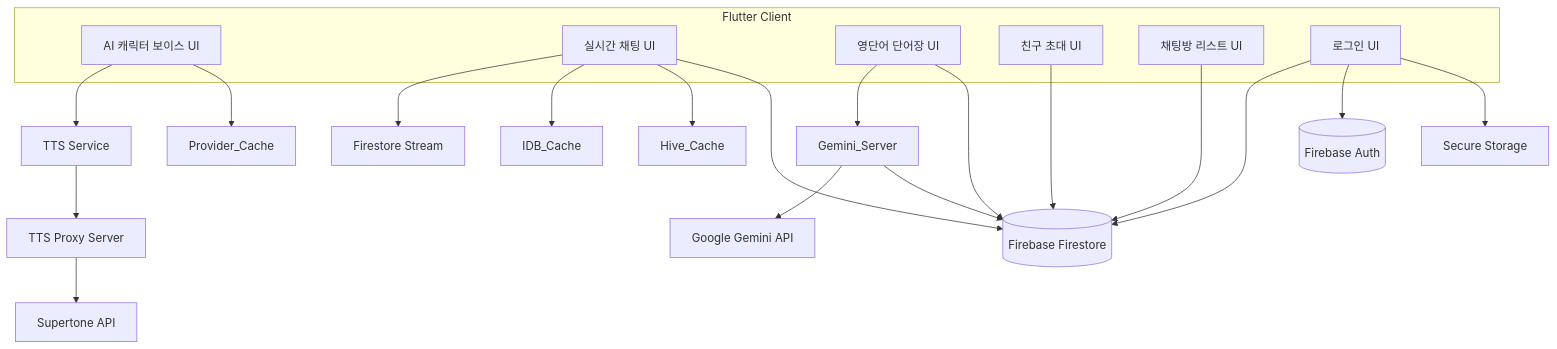
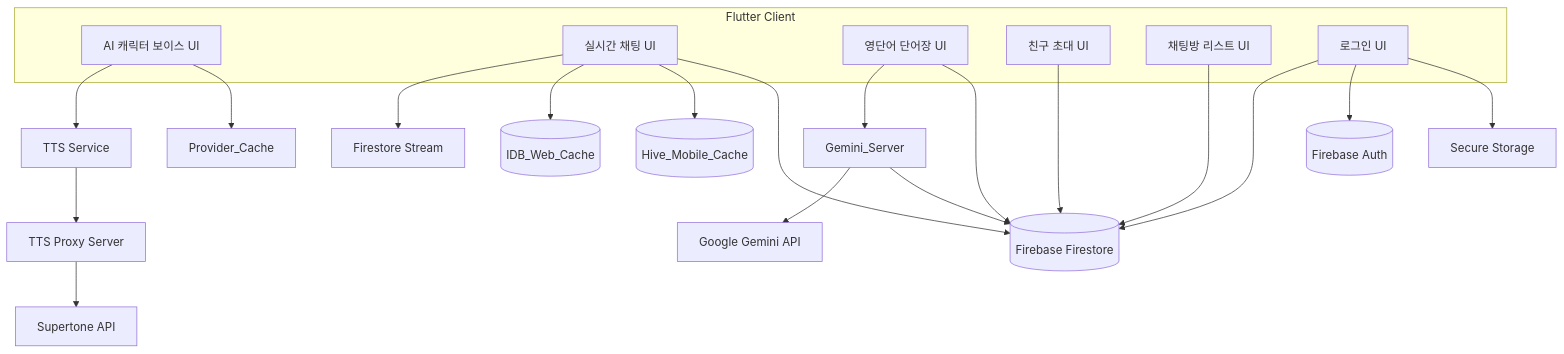
Before and after one commit to 8848man/machat: the diagram in README.md, drawn with Mermaid.

````diff
--- a/README.md
+++ b/README.md
@@ -20,46 +20,50 @@
 ```mermaid
 graph TB
 
     %% --- 클라이언트 ---
     subgraph Client[Flutter Client]
         VoiceUI[AI 캐릭터 보이스 UI]
         ChatUI[실시간 채팅 UI]
         VocabUI[영단어 단어장 UI]
         InviteUI[친구 초대 UI]
         RoomListUI[채팅방 리스트 UI]
         LoginUI[로그인 UI]
     end
+
+    %% --- 로컬 캐쉬 ---
+    Web_Cache[(IDB_Web_Cache)]
+    Mobile_Cache[(Hive_Mobile_Cache)]
     
     %% --- Firebase 공통 (먼저 정의) ---
     FS_DB[(Firebase Firestore)]
     FB_Auth[(Firebase Auth)]
     
     %% --- AI 캐릭터 보이스 ---
     VoiceUI --> TTS_Service[TTS Service];
     VoiceUI --> Provider_Cache[Provider_Cache];
     TTS_Service --> TTS_Proxy[TTS Proxy Server];
     TTS_Proxy --> Supertone[Supertone API];
     
     %% --- 실시간 채팅 ---
     ChatUI --> FS_Stream[Firestore Stream];
-    ChatUI --> Web_Cache[IDB_Cache];
-    ChatUI --> Mobile_Cache[Hive_Cache];
+    ChatUI --> Web_Cache;
+    ChatUI --> Mobile_Cache;
     ChatUI --> FS_DB;
     Gemini_Server --> Gemini_API[Google Gemini API];
     
     %% --- 단어장 기능 ---
     VocabUI --> Gemini_Server;
     VocabUI --> FS_DB;
     Gemini_Server --> FS_DB;
     
     %% --- 친구 초대 ---
     InviteUI --> FS_DB;
     
     %% --- 채팅방 리스트 관리 ---
     RoomListUI --> FS_DB;
     
     %% --- 로그인 기능 ---
     LoginUI --> FS_DB;
     LoginUI --> FB_Auth;
     LoginUI --> SecureStorage[Secure Storage];
 ```
````
